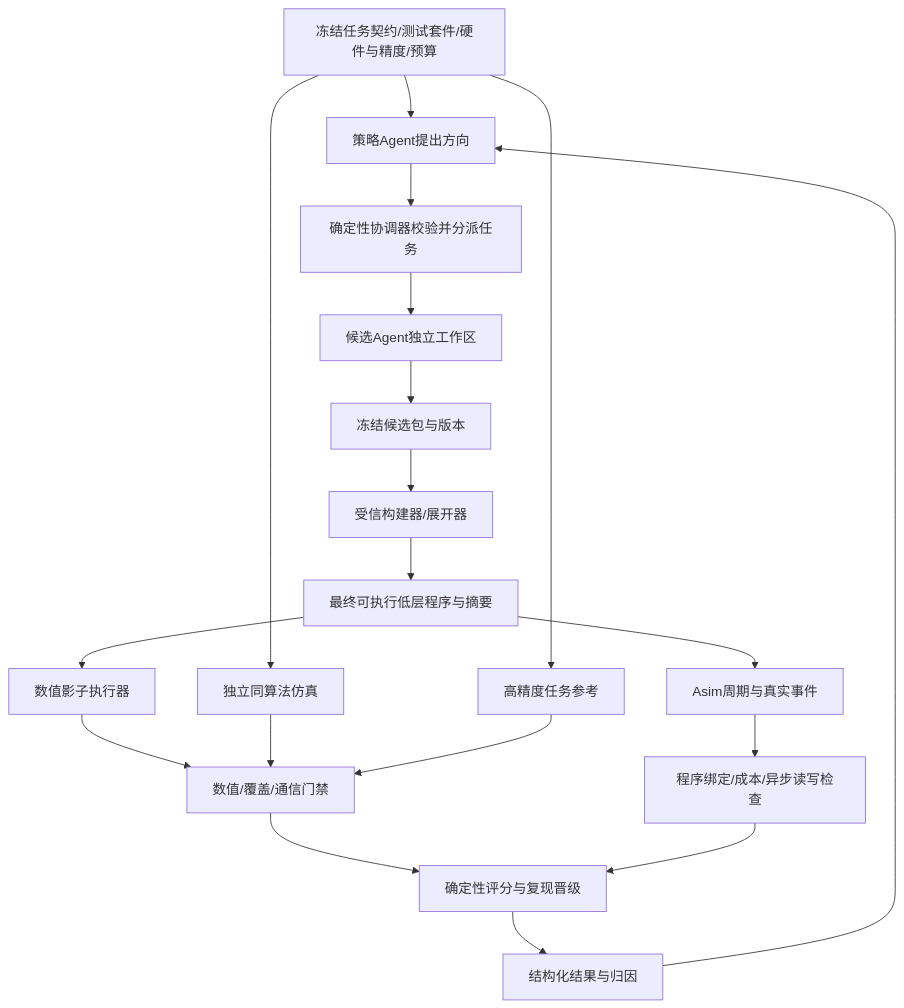
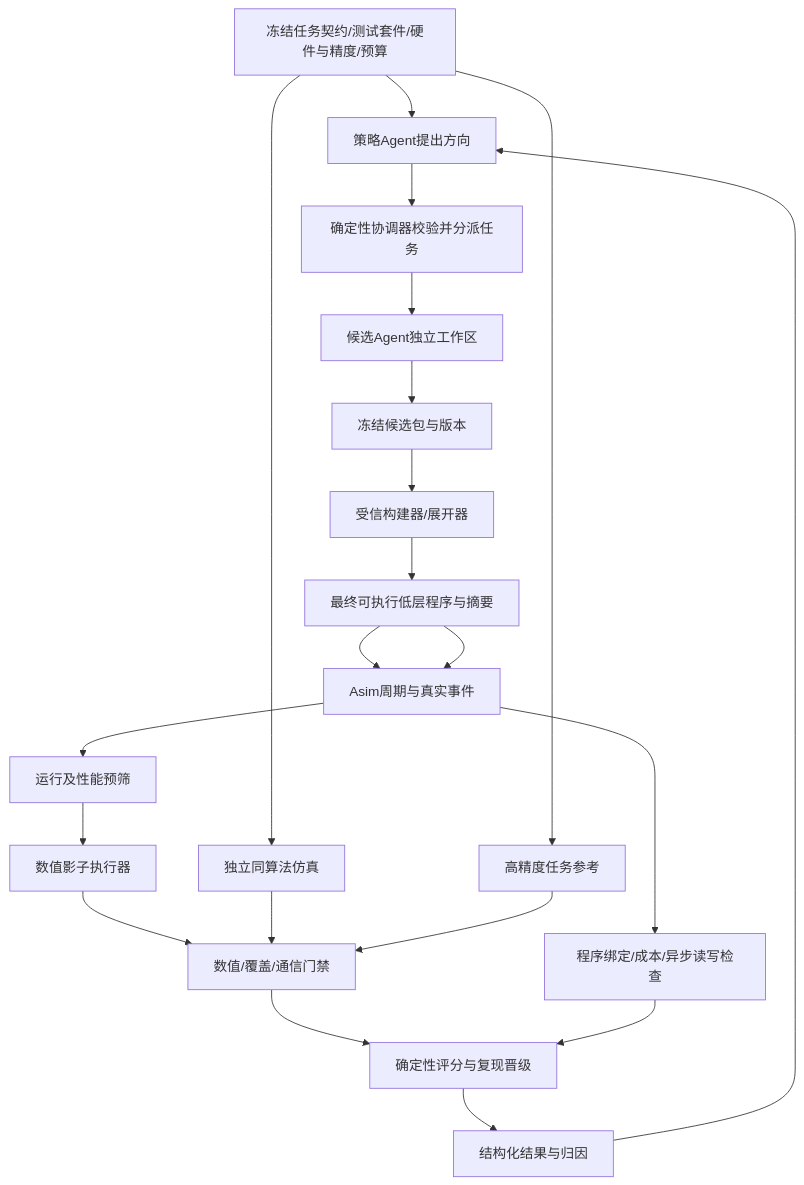
The diagram in DOCS/research/FRAMEWORK_PLAN.md (nanajiang96300/Asim), drawn with Mermaid before and after one commit. The commit also changed other lines of this file and 8 other files, not shown here.

````diff
--- a/DOCS/research/FRAMEWORK_PLAN.md
+++ b/DOCS/research/FRAMEWORK_PLAN.md
@@ -25,21 +25,23 @@
 ```mermaid
 flowchart TD
     T[冻结任务契约/测试套件/硬件与精度/预算] --> P[策略Agent提出方向]
     P --> C[确定性协调器校验并分派任务]
     C --> W[候选Agent独立工作区]
     W --> F[冻结候选包与版本]
     F --> B[受信构建器/展开器]
     B --> L[最终可执行低层程序与摘要]
-    L --> N[数值影子执行器]
+    L --> S
+    S --> K[运行及性能预筛]
+    K --> N[数值影子执行器]
     L --> S[Asim周期与真实事件]
     T --> A[独立同算法仿真]
     T --> O[高精度任务参考]
     N --> V[数值/覆盖/通信门禁]
     A --> V
     O --> V
     S --> H[程序绑定/成本/异步读写检查]
     V --> G[确定性评分与复现晋级]
     H --> G
     G --> E[结构化结果与归因]
     E --> P
 ```
````
